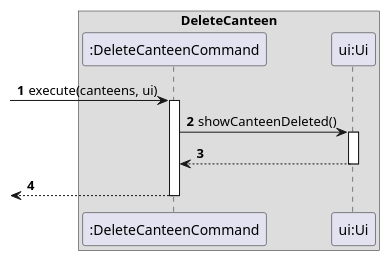
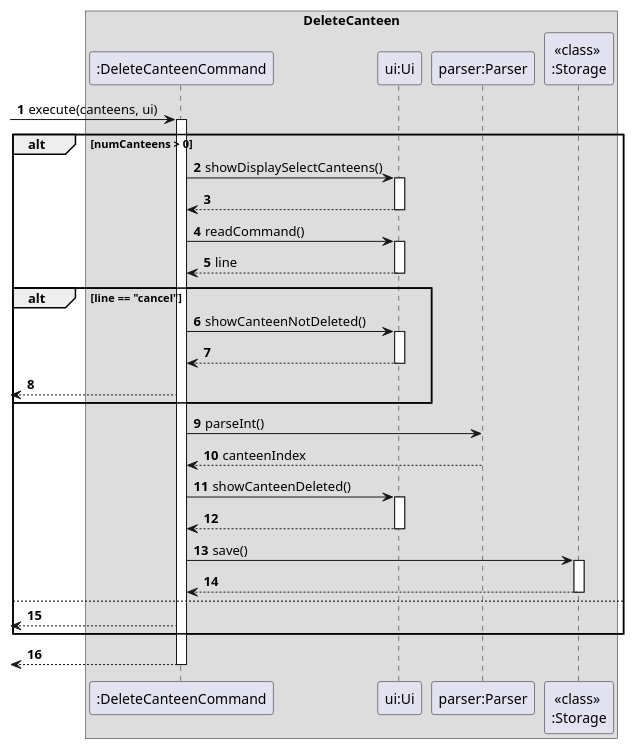
The diagram in docs/PlantUML/DeleteCanteen.puml (nus-cs2113-AY2021S2/tp), drawn with PlantUML before and after one commit. The commit also changed 10 other files, not shown here.

Commit message:
Update Developer Guide for Add/DeleteCanteen, AddStore

```diff
--- a/docs/PlantUML/DeleteCanteen.puml
+++ b/docs/PlantUML/DeleteCanteen.puml
@@ -1,17 +1,49 @@
 @startuml
 'https://plantuml.com/sequence-diagram
 
 autonumber
 box DeleteCanteen
 
 ->":DeleteCanteenCommand" : execute(canteens, ui)
 activate ":DeleteCanteenCommand"
 
+alt numCanteens > 0
+":DeleteCanteenCommand" -> "ui:Ui" : showDisplaySelectCanteens()
+activate "ui:Ui"
+"ui:Ui" --> ":DeleteCanteenCommand"
+deactivate "ui:Ui"
+
+":DeleteCanteenCommand" -> "ui:Ui" : readCommand()
+activate "ui:Ui"
+"ui:Ui" --> ":DeleteCanteenCommand" : line
+deactivate "ui:Ui"
+
+alt line == "cancel"
+    ":DeleteCanteenCommand" -> "ui:Ui" : showCanteenNotDeleted()
+    activate "ui:Ui"
+    "ui:Ui" --> ":DeleteCanteenCommand"
+    deactivate "ui:Ui"
+    <-- ":DeleteCanteenCommand"
+end
+
+":DeleteCanteenCommand" -> "parser:Parser" : parseInt()
+"parser:Parser" --> ":DeleteCanteenCommand" : canteenIndex
+
 ":DeleteCanteenCommand" -> "ui:Ui" : showCanteenDeleted()
 activate "ui:Ui"
 "ui:Ui" --> ":DeleteCanteenCommand"
 deactivate "ui:Ui"
 
+":DeleteCanteenCommand" -> "<<class>> \n:Storage" : save()
+activate "<<class>> \n:Storage"
+"<<class>> \n:Storage" --> ":DeleteCanteenCommand"
+deactivate "<<class>> \n:Storage"
+
+else
+<-- ":DeleteCanteenCommand"
+
+end
+
 <-- ":DeleteCanteenCommand"
 deactivate ":DeleteCanteenCommand"
 @enduml
```
